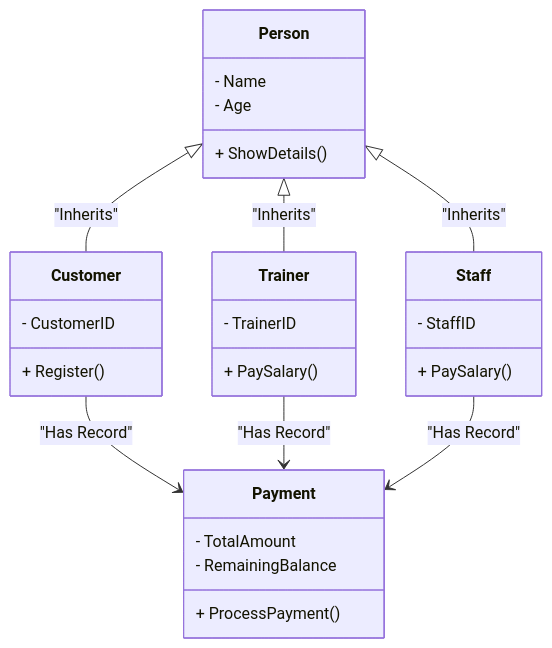
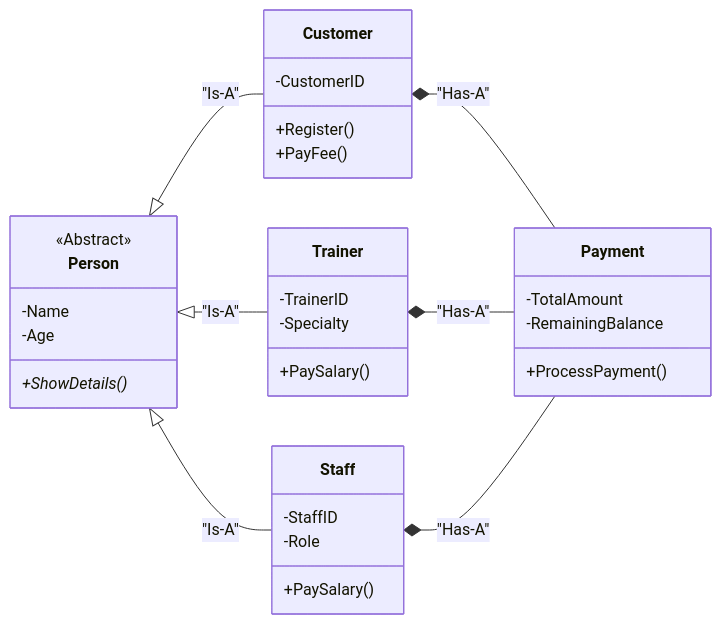
One commit to Akaza41/gym-management-cpp changed the diagram in Project_Documentation.md. Above: the diagram before and after it, drawn with Mermaid.

Commit message:
Finalized cool documentation diagram

````diff
--- a/Project_Documentation.md
+++ b/Project_Documentation.md
@@ -93,32 +93,41 @@
 ```mermaid
 classDiagram
-    Person <|-- Customer : "Inherits"
-    Person <|-- Trainer : "Inherits"
-    Person <|-- Staff : "Inherits"
-    Customer --> Payment : "Has Record"
-    Trainer --> Payment : "Has Record"
-    Staff --> Payment : "Has Record"
+    direction LR
+    class Person {
+        <<Abstract>>
+        -Name
+        -Age
+        +ShowDetails()*
+    }
 
-    class Person {
-        - Name
-        - Age
-        + ShowDetails()
+    class Payment {
+        -TotalAmount
+        -RemainingBalance
+        +ProcessPayment()
     }
-    class Payment {
-        - TotalAmount
-        - RemainingBalance
-        + ProcessPayment()
+
+    class Customer {
+        -CustomerID
+        +Register()
+        +PayFee()
     }
-    class Customer {
-        - CustomerID
-        + Register()
+
+    class Trainer {
+        -TrainerID
+        -Specialty
+        +PaySalary()
     }
-    class Trainer {
-        - TrainerID
-        + PaySalary()
+
+    class Staff {
+        -StaffID
+        -Role
+        +PaySalary()
     }
-    class Staff {
-        - StaffID
-        + PaySalary()
-    }
+
+    Person <|-- Customer : "Is-A"
+    Person <|-- Trainer : "Is-A"
+    Person <|-- Staff : "Is-A"
+    Customer *-- Payment : "Has-A"
+    Trainer *-- Payment : "Has-A"
+    Staff *-- Payment : "Has-A"
 ```
````
